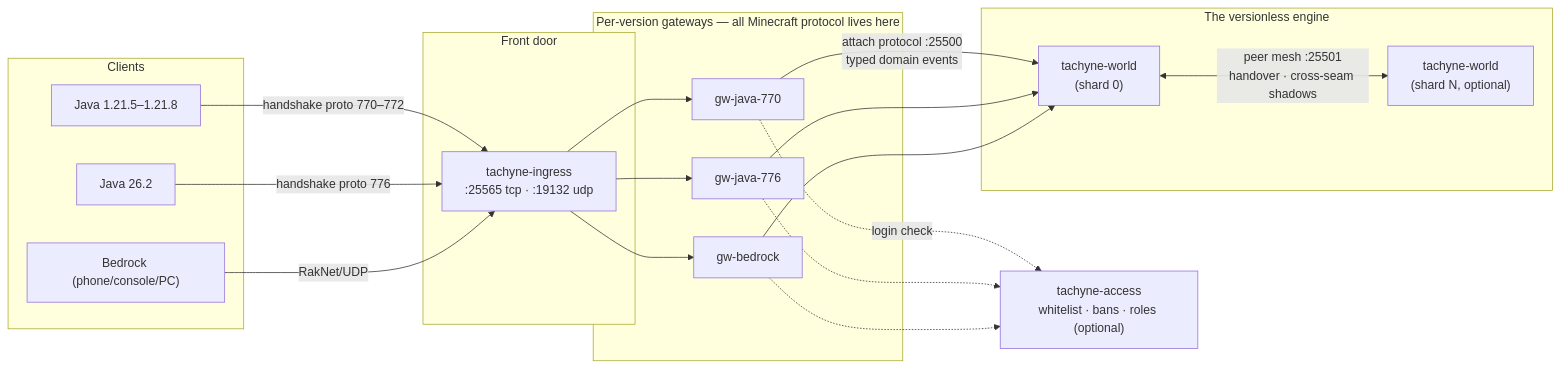
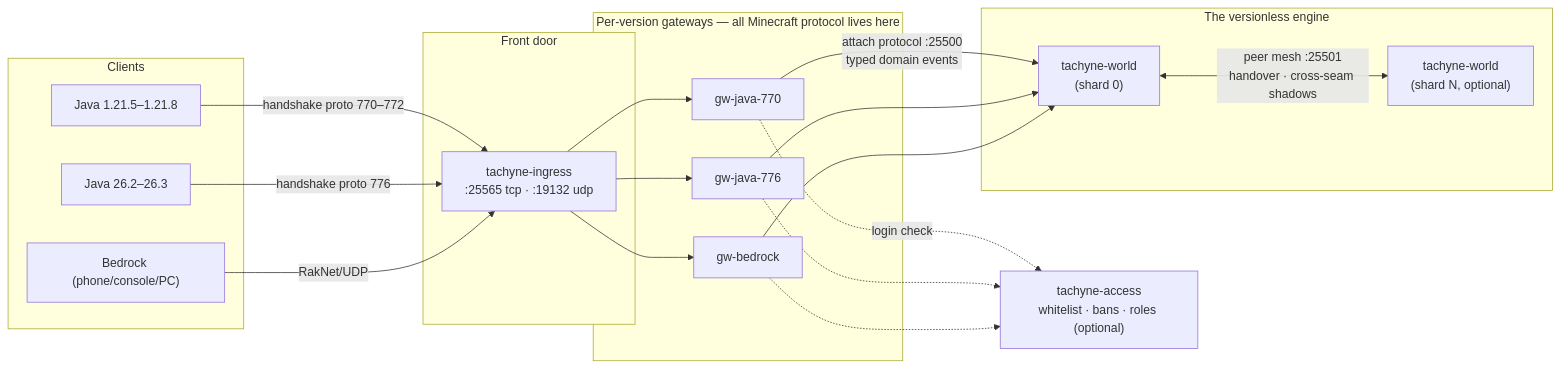
The diagram in README.md (tachyne/tachyne), drawn with Mermaid before and after one commit. The commit also changed other lines of this file and 2 other files, not shown here.

Commit message:
Java 26.3: route 777 to the 26.2/26.3 gateway; docs

````diff
--- a/README.md
+++ b/README.md
@@ -90,39 +90,39 @@
 ```mermaid
 flowchart LR
     subgraph clients [Clients]
         J1["Java 1.21.5–1.21.8"]
-        J2["Java 26.2"]
+        J2["Java 26.2–26.3"]
         B["Bedrock (phone/console/PC)"]
     end
 
     subgraph edge [Front door]
         I["tachyne-ingress<br/>:25565 tcp · :19132 udp"]
     end
 
     subgraph gateways [Per-version gateways — all Minecraft protocol lives here]
         G1["gw-java-770"]
         G2["gw-java-776"]
         G3["gw-bedrock"]
     end
 
     subgraph engine [The versionless engine]
         W0["tachyne-world<br/>(shard 0)"]
         W1["tachyne-world<br/>(shard N, optional)"]
     end
 
     A["tachyne-access<br/>whitelist · bans · roles (optional)"]
 
     J1 -->|handshake proto 770–772| I
     J2 -->|handshake proto 776| I
     B -->|RakNet/UDP| I
     I --> G1
     I --> G2
     I --> G3
     G1 -->|attach protocol :25500<br/>typed domain events| W0
     G2 --> W0
     G3 --> W0
     G1 -.->|login check| A
     G2 -.-> A
     G3 -.-> A
     W0 <-->|peer mesh :25501<br/>handover · cross-seam shadows| W1
 ```
````
